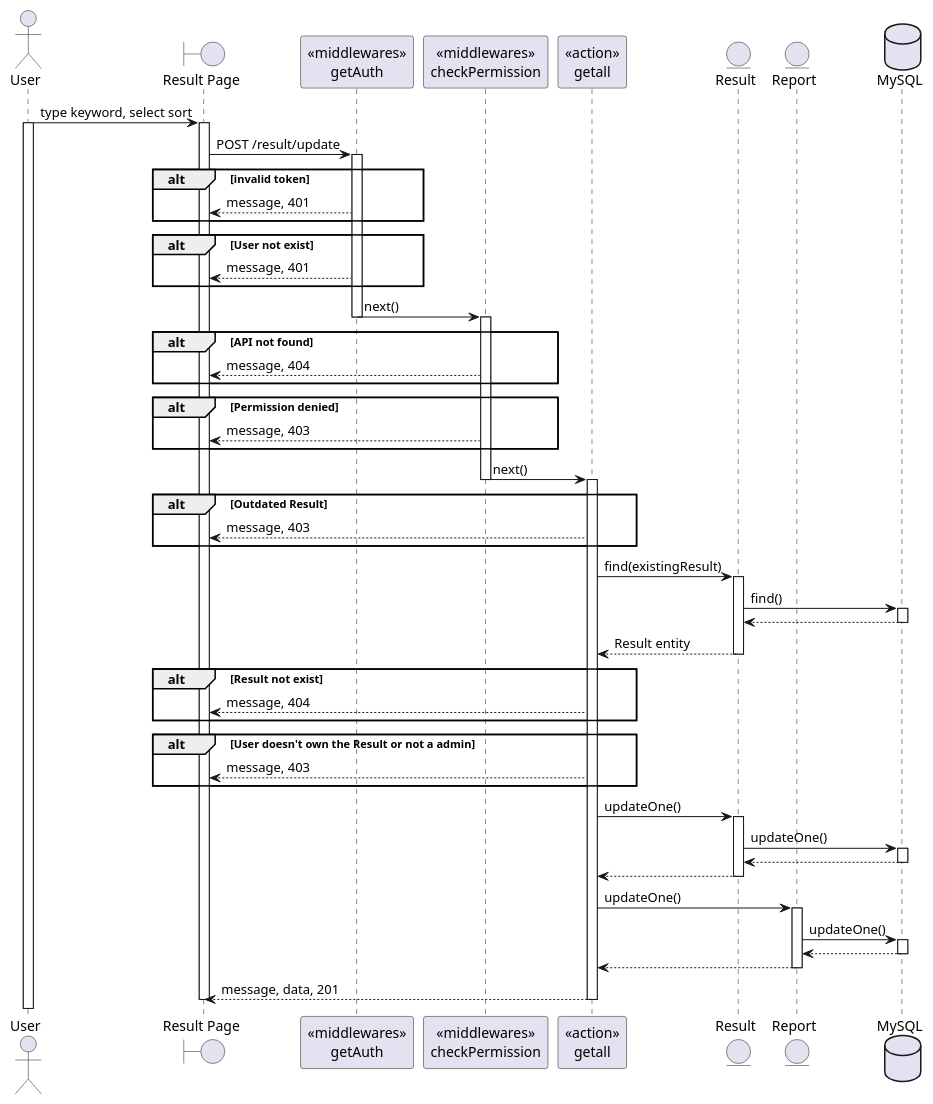
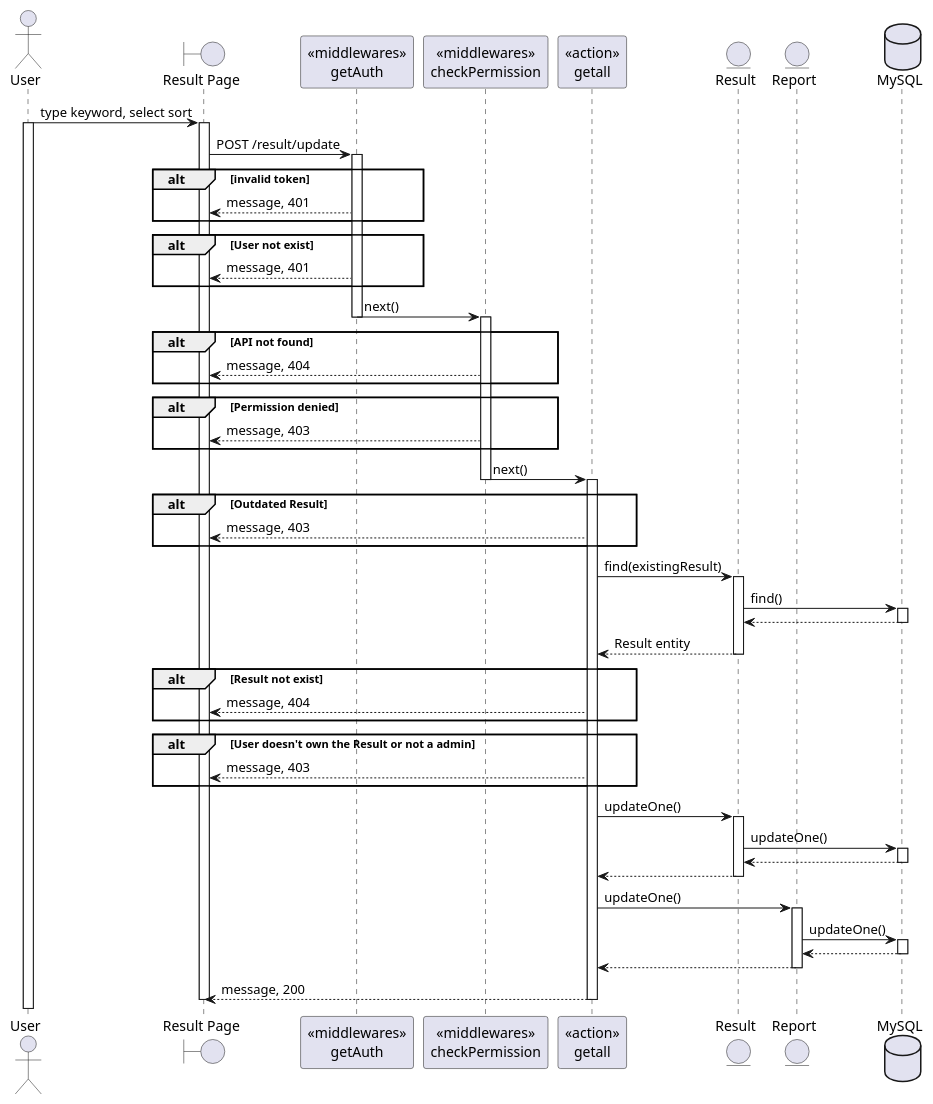
The diagram in SequeceDiagram/result/update.wsd (BunnyButtpowder/TeleLink-Original), drawn with PlantUML before and after one commit. The commit also changed 12 other files, not shown here.

Commit message:
finish all sequence diagram i guess

```diff
--- a/SequeceDiagram/result/update.wsd
+++ b/SequeceDiagram/result/update.wsd
@@ -1,78 +1,78 @@
 @startuml
 actor User
 boundary "Result Page" as Client
 participant "<<middlewares>>\ngetAuth" as mid1
 participant "<<middlewares>>\ncheckPermission" as mid2
 participant "<<action>>\ngetall" as Controller
 entity "Result" as Model1
 entity "Report" as Model2
 database "MySQL" as DB
 
 User -> Client: type keyword, select sort
 activate User
 activate Client
 Client -> mid1: POST /result/update
 activate mid1
 alt invalid token
     mid1 --> Client: message, 401
 end
 alt User not exist
     mid1 --> Client: message, 401
 end
 mid1 -> mid2: next()
 deactivate mid1
 activate mid2
 alt API not found
     mid2 --> Client: message, 404
 end
 alt Permission denied
     mid2 --> Client: message, 403
 end
 mid2 -> Controller: next()
 deactivate mid2
 activate Controller
 alt Outdated Result
 Controller --> Client: message, 403
 end
 Controller -> Model1: find(existingResult)
 activate Model1
 Model1 -> DB: find()
 activate DB
 DB --> Model1
 deactivate DB
 Model1 --> Controller: Result entity
 deactivate Model1
 alt Result not exist
     Controller --> Client: message, 404
 end
 alt User doesn't own the Result or not a admin
     Controller --> Client: message, 403
 end
 Controller -> Model1: updateOne()
 activate Model1
 Model1 -> DB: updateOne()
 activate DB
 DB --> Model1
 deactivate DB
 Model1 --> Controller
 deactivate Model1
 Controller -> Model2: updateOne()
 activate Model2
 Model2 -> DB: updateOne()
 activate DB
 DB --> Model2
 deactivate DB
 Model2 --> Controller
 deactivate Model2
-Controller --> Client: message, data, 201
+Controller --> Client: message, 200
 deactivate Controller
 
 
 
 
 
 
 
 deactivate Client
 
 @enduml
```
